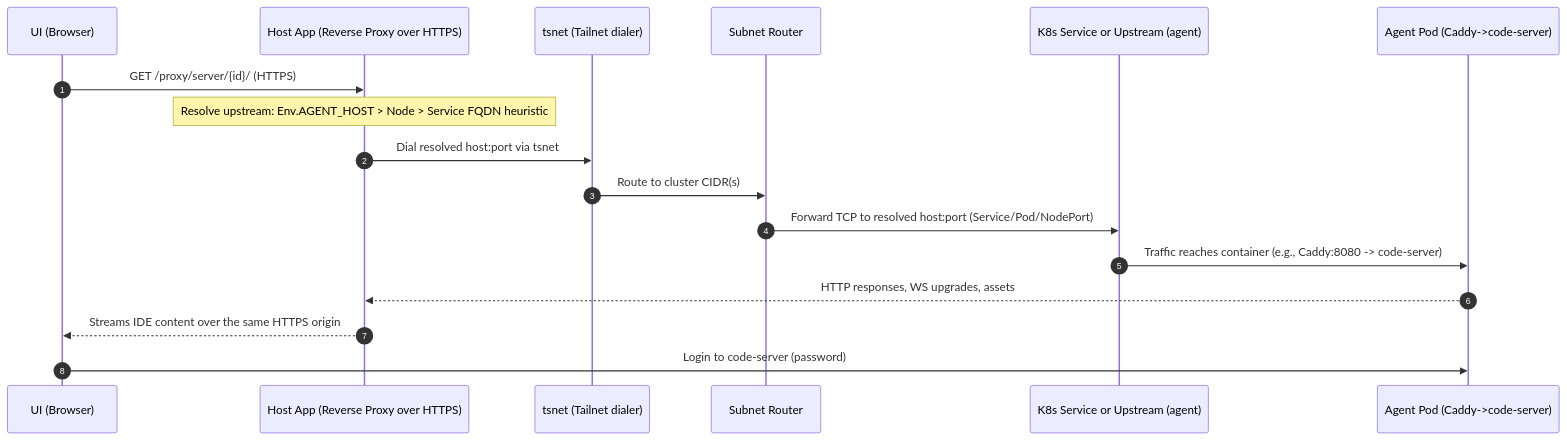
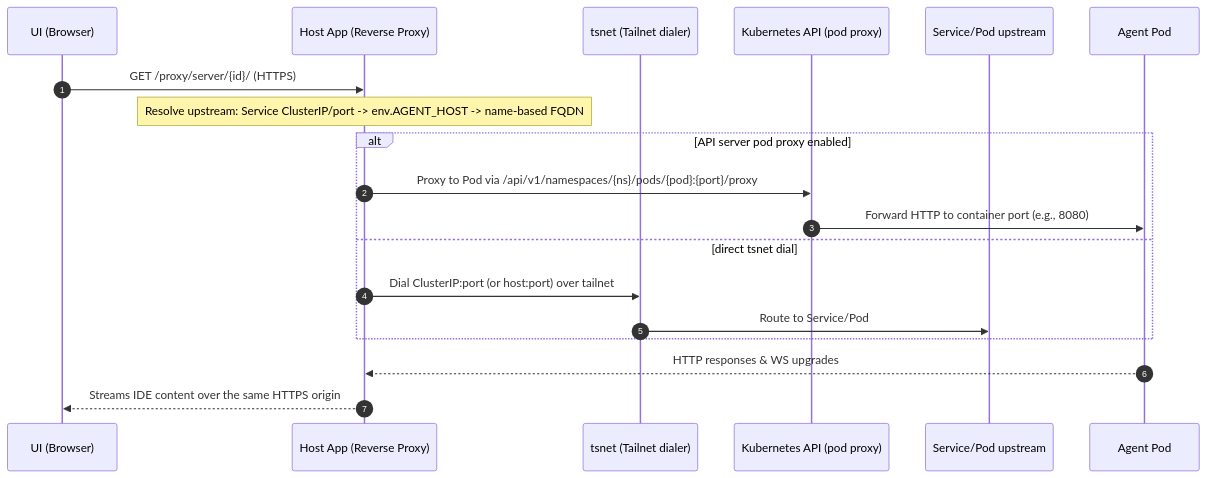
Before and after one commit to docxology/GuildNet: the third of 3 diagrams in architecture.md, drawn with Mermaid. The commit also changed other lines of this file, not shown here.

Commit message:
docs: Revise architecture document for clarity and detail; update goals, components, and flow descriptions

````diff
--- a/architecture.md
+++ b/architecture.md
@@ -131,20 +139,22 @@
 ```mermaid
 sequenceDiagram
   autonumber
   participant U as UI (Browser)
-  participant B as Host App (Reverse Proxy over HTTPS)
+  participant B as Host App (Reverse Proxy)
   participant T as tsnet (Tailnet dialer)
-  participant R as Subnet Router
-  participant S as K8s Service or Upstream (agent)
-  participant P as Agent Pod (Caddy->code-server)
+  participant K as Kubernetes API (pod proxy)
+  participant S as Service/Pod upstream
+  participant P as Agent Pod
 
   U->>B: GET /proxy/server/{id}/ (HTTPS)
-  Note over B: Resolve upstream: Env.AGENT_HOST > Node > Service FQDN heuristic
-  B->>T: Dial resolved host:port via tsnet
-  T->>R: Route to cluster CIDR(s)
-  R->>S: Forward TCP to resolved host:port (Service/Pod/NodePort)
-  S->>P: Traffic reaches container (e.g., Caddy:8080 -> code-server)
-  P-->>B: HTTP responses, WS upgrades, assets
+  Note over B: Resolve upstream: Service ClusterIP/port -> env.AGENT_HOST -> name-based FQDN
+  alt API server pod proxy enabled
+    B->>K: Proxy to Pod via /api/v1/namespaces/{ns}/pods/{pod}:{port}/proxy
+    K->>P: Forward HTTP to container port (e.g., 8080)
+  else direct tsnet dial
+    B->>T: Dial ClusterIP:port (or host:port) over tailnet
+    T->>S: Route to Service/Pod
+  end
+  P-->>B: HTTP responses & WS upgrades
   B-->>U: Streams IDE content over the same HTTPS origin
-  U->>P: Login to code-server (password)
 ```
````
